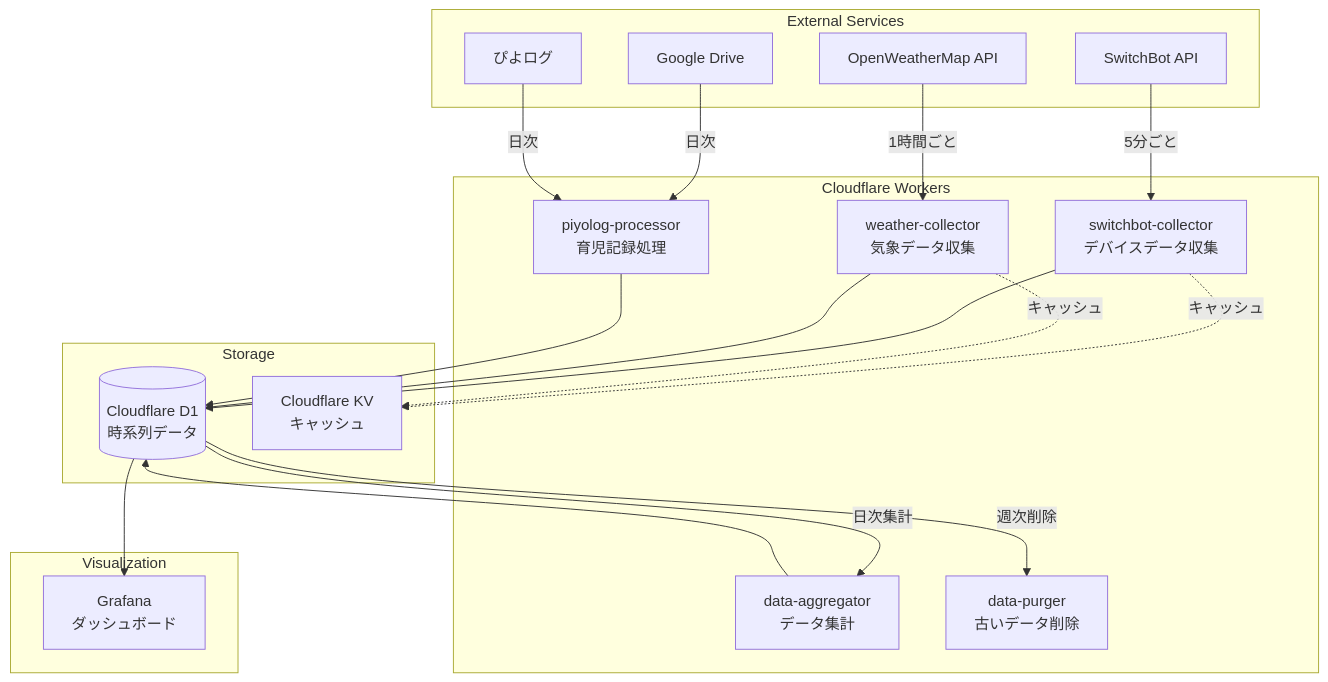
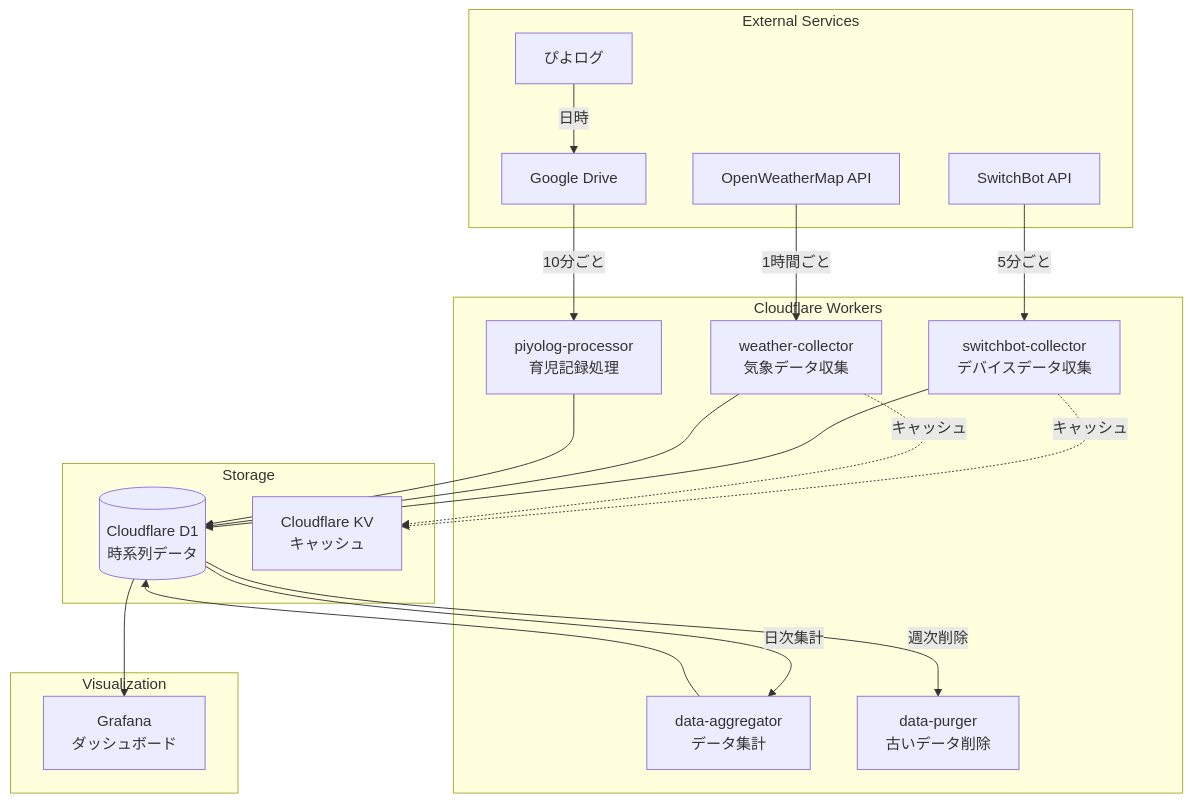
One commit to rikeda71/childcare-support-dashboard changed the diagram in .kiro/steering/structure.md. Above: the diagram before and after it, drawn with Mermaid. The commit also changed 37 other files, not shown here.

````diff
--- a/.kiro/steering/structure.md
+++ b/.kiro/steering/structure.md
@@ -5,44 +5,44 @@
 ```mermaid
 graph TB
     subgraph "External Services"
         SW[SwitchBot API]
         OW[OpenWeatherMap API]
         GD[Google Drive]
         PL[ぴよログ]
     end
 
     subgraph "Cloudflare Workers"
         WC[weather-collector<br/>気象データ収集]
         SC[switchbot-collector<br/>デバイスデータ収集]
         PC[piyolog-processor<br/>育児記録処理]
         DA[data-aggregator<br/>データ集計]
         DP[data-purger<br/>古いデータ削除]
     end
 
     subgraph "Storage"
         D1[(Cloudflare D1<br/>時系列データ)]
         KV[Cloudflare KV<br/>キャッシュ]
     end
 
     subgraph "Visualization"
         GF[Grafana<br/>ダッシュボード]
     end
 
     SW -->|5分ごと| SC
     OW -->|1時間ごと| WC
-    GD -->|日次| PC
-    PL -->|日次| PC
+    GD -->|10分ごと| PC
+    PL -->|日時| GD
 
     SC --> D1
     WC --> D1
     PC --> D1
 
     D1 -->|日次集計| DA
     D1 -->|週次削除| DP
 
     DA --> D1
     D1 --> GF
 
     SC -.->|キャッシュ| KV
     WC -.->|キャッシュ| KV
 ```
````
